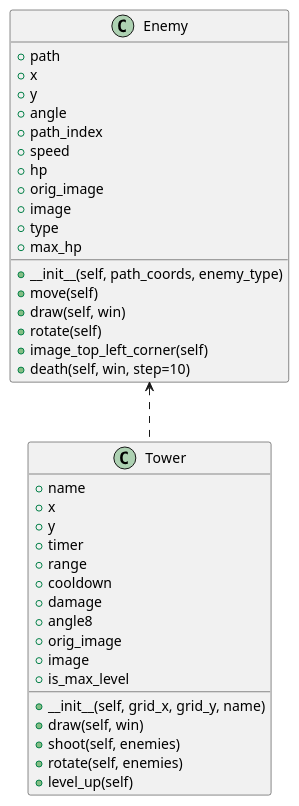
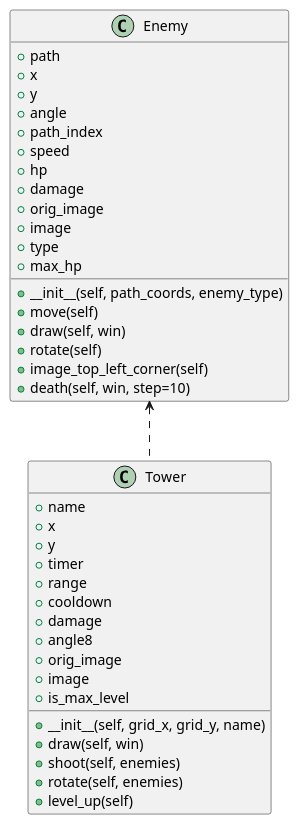
The diagram in diagram_klas.puml (KamilGrobelny/Projekt--Gra-Tower-Defense), drawn with PlantUML before and after one commit. The commit also changed 3 other files, not shown here.

```diff
--- a/diagram_klas.puml
+++ b/diagram_klas.puml
@@ -1,42 +1,43 @@
 @startuml Diagram klas
 class Enemy {
     + path
     + x
     + y
     + angle
     + path_index
     + speed
     + hp
+    + damage
     + orig_image
     + image
     + type
     + max_hp
     + __init__(self, path_coords, enemy_type)
     + move(self)
     + draw(self, win)
     + rotate(self)
     + image_top_left_corner(self)
     + death(self, win, step=10)
 }
 
 class Tower {
     + name
     + x
     + y
     + timer
     + range
     + cooldown
     + damage
     + angle8
     + orig_image
     + image
     + is_max_level
     + __init__(self, grid_x, grid_y, name)
     + draw(self, win)
     + shoot(self, enemies)
     + rotate(self, enemies)
     + level_up(self)
 }
 
 Enemy <.. Tower
 @enduml
```
